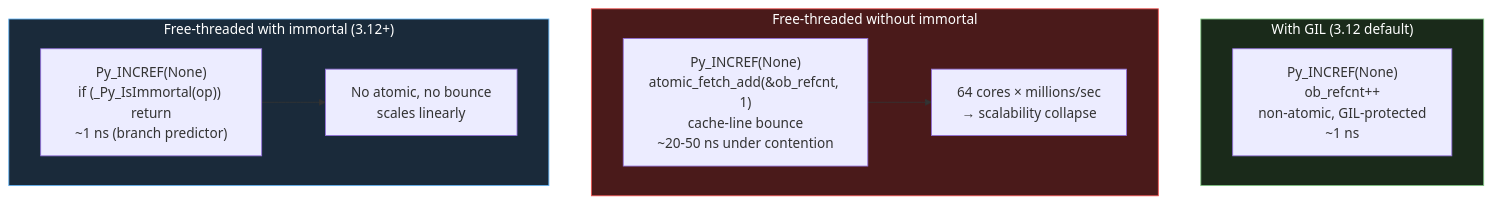
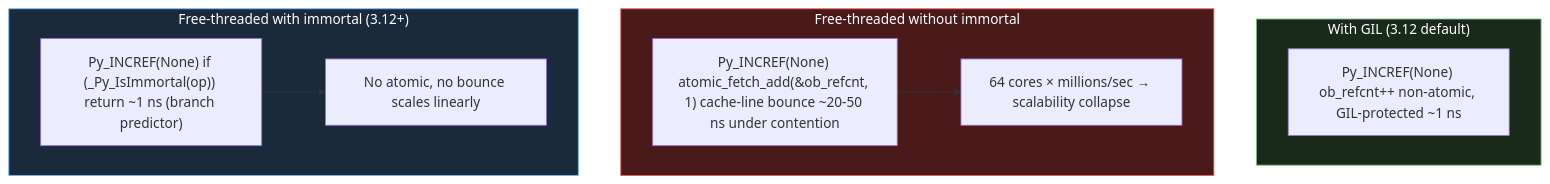
Before and after one commit to bumbsclaw/textbooks: the seventh of 8 diagrams in vol-16-python-cpython-internals/ch04-memory-management.md, drawn with Mermaid. The commit also changed other lines of this file and 9 other files, not shown here.

First line of the commit message:
fix(pdf, mermaid): syntax-highlighted code blocks + diagram label fixes

````diff
--- a/vol-16-python-cpython-internals/ch04-memory-management.md
+++ b/vol-16-python-cpython-internals/ch04-memory-management.md
@@ -1119,17 +1119,17 @@
 ```mermaid
 flowchart TB
     subgraph GIL["With GIL (3.12 default)"]
-        A1["Py_INCREF(None)<br/>ob_refcnt++<br/>non-atomic, GIL-protected<br/>~1 ns"]
+        A1["Py_INCREF(None) ob_refcnt++ non-atomic, GIL-protected ~1 ns"]
     end
     subgraph NOGIL_NOIMMORTAL["Free-threaded without immortal"]
-        B1["Py_INCREF(None)<br/>atomic_fetch_add(&ob_refcnt, 1)<br/>cache-line bounce<br/>~20-50 ns under contention"]
-        B1 --> B2["64 cores × millions/sec<br/>→ scalability collapse"]
+        B1["Py_INCREF(None) atomic_fetch_add(&ob_refcnt, 1) cache-line bounce ~20-50 ns under contention"]
+        B1 --> B2["64 cores × millions/sec → scalability collapse"]
     end
     subgraph NOGIL_IMMORTAL["Free-threaded with immortal (3.12+)"]
-        C1["Py_INCREF(None)<br/>if (_Py_IsImmortal(op)) return<br/>~1 ns (branch predictor)"]
-        C1 --> C2["No atomic, no bounce<br/>scales linearly"]
+        C1["Py_INCREF(None) if (_Py_IsImmortal(op)) return ~1 ns (branch predictor)"]
+        C1 --> C2["No atomic, no bounce scales linearly"]
     end
     style GIL fill:#1a2a1a,stroke:#81c784,color:#fff
     style NOGIL_NOIMMORTAL fill:#4a1a1a,stroke:#ef5350,color:#fff
     style NOGIL_IMMORTAL fill:#1a2a3a,stroke:#64b5f6,color:#fff
 ```
````
